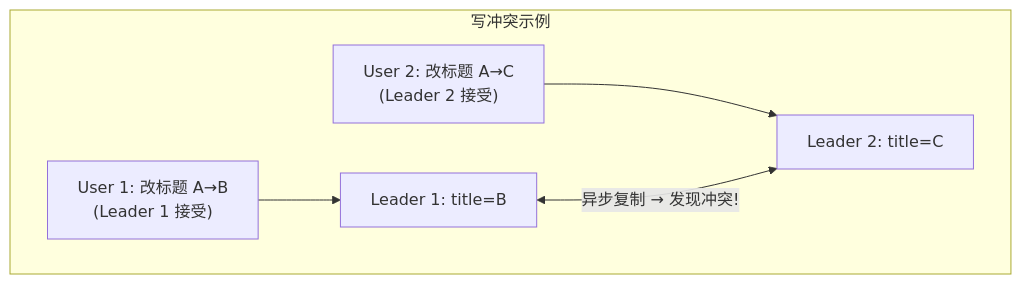
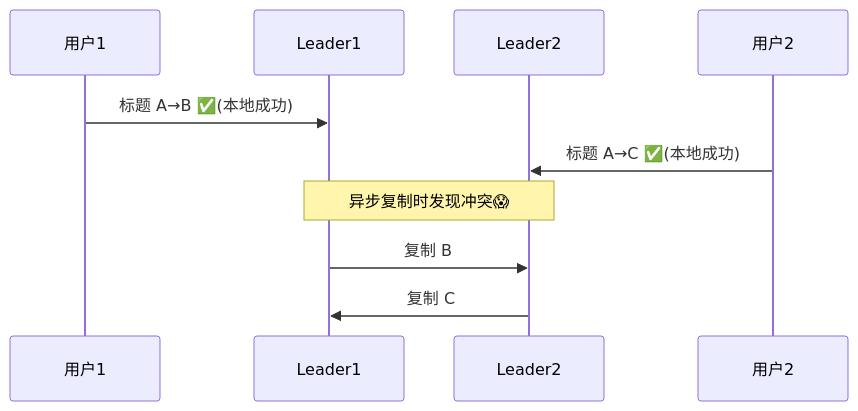
Before and after one commit to socoo123/ddia_2nd: diagram 15 of 28 in ch06-复制.md, drawn with Mermaid. The commit also changed other lines of this file and 8 other files, not shown here.

First line of the commit message:
重写 ch01-ch09 读书笔记：风格统一 + 内容扩充 + 大量图表

````diff
--- a/ch06-复制.md
+++ b/ch06-复制.md
@@ -376,12 +594,12 @@
 ```mermaid
-graph TD
-    subgraph CONFLICT["写冲突示例"]
-        U1["User 1: 改标题 A→B<br/>(Leader 1 接受)"]
-        U2["User 2: 改标题 A→C<br/>(Leader 2 接受)"]
-        L1["Leader 1: title=B"]
-        L2["Leader 2: title=C"]
-        U1 --> L1
-        U2 --> L2
-        L1 <-->|"异步复制 → 发现冲突!"| L2
-    end
+sequenceDiagram
+    participant U1 as 用户1
+    participant L1 as Leader1
+    participant L2 as Leader2
+    participant U2 as 用户2
+    U1->>L1: 标题 A→B ✅(本地成功)
+    U2->>L2: 标题 A→C ✅(本地成功)
+    Note over L1,L2: 异步复制时发现冲突😱
+    L1->>L2: 复制 B
+    L2->>L1: 复制 C
 ```
````
